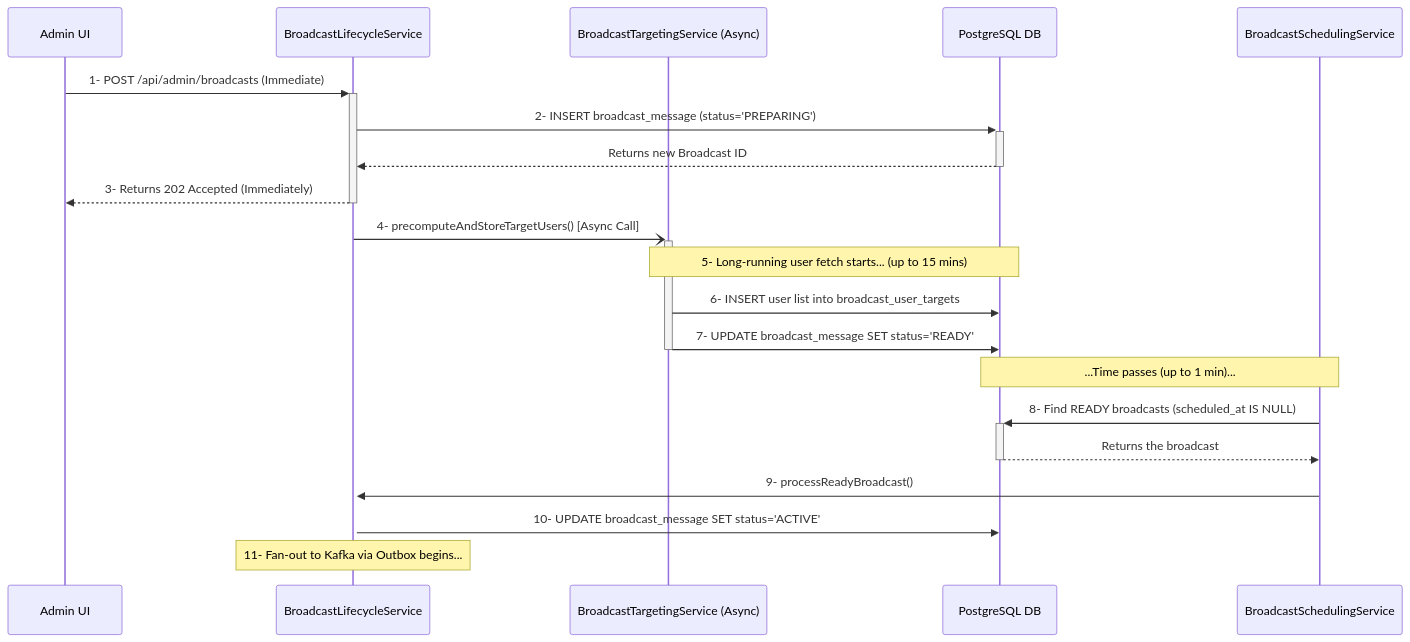
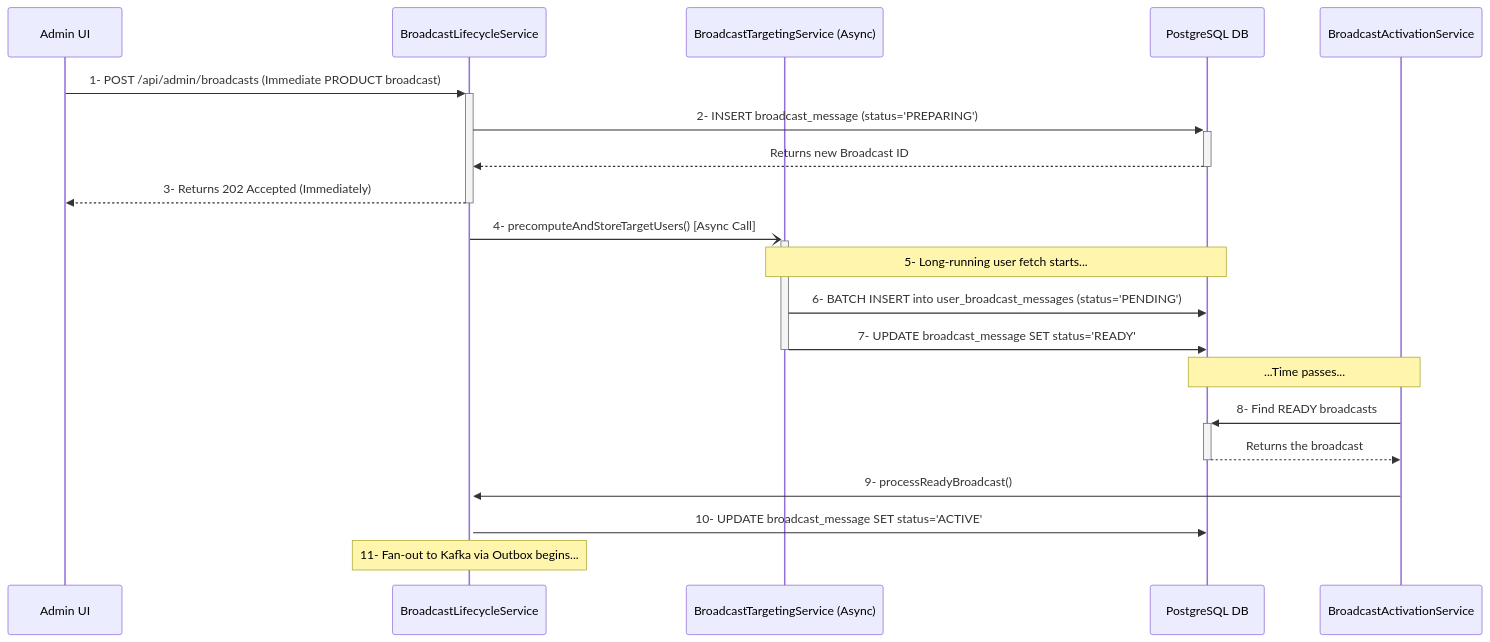
One commit to rsrini7/Notification-SSE-GLM-Flux changed the diagram in MermaidDiagrams/seq-data-preparation-admin.mmd. Above: the diagram before and after it, drawn with Mermaid. The commit also changed 10 other files, not shown here.

First line of the commit message:
refactor(diagrams): update mermaid diagrams to reflect architectural changes

```diff
--- a/MermaidDiagrams/seq-data-preparation-admin.mmd
+++ b/MermaidDiagrams/seq-data-preparation-admin.mmd
@@ -1,28 +1,28 @@
 sequenceDiagram
     participant AdminUI as Admin UI
     participant AdminSvc as BroadcastLifecycleService
     participant TargetingSvc as BroadcastTargetingService (Async)
     participant DB as PostgreSQL DB
-    participant Scheduler as BroadcastSchedulingService
+    participant Scheduler as BroadcastActivationService
 
-    AdminUI->>+AdminSvc: 1- POST /api/admin/broadcasts (Immediate)
+    AdminUI->>+AdminSvc: 1- POST /api/admin/broadcasts (Immediate PRODUCT broadcast)
     AdminSvc->>+DB: 2- INSERT broadcast_message (status='PREPARING')
     DB-->>-AdminSvc: Returns new Broadcast ID
     AdminSvc-->>-AdminUI: 3- Returns 202 Accepted (Immediately)
     
     AdminSvc-)+TargetingSvc: 4- precomputeAndStoreTargetUsers() [Async Call]
-    Note over TargetingSvc, DB: 5- Long-running user fetch starts... (up to 15 mins)
+    Note over TargetingSvc, DB: 5- Long-running user fetch starts... 
     
-    TargetingSvc->>DB: 6- INSERT user list into broadcast_user_targets
+    TargetingSvc->>DB: 6- BATCH INSERT into user_broadcast_messages (status='PENDING')
     TargetingSvc->>DB: 7- UPDATE broadcast_message SET status='READY'
     
     deactivate TargetingSvc
     
-    Note over Scheduler, DB: ...Time passes (up to 1 min)...
+    Note over Scheduler, DB: ...Time passes...
     
-    Scheduler->>+DB: 8- Find READY broadcasts (scheduled_at IS NULL)
+    Scheduler->>+DB: 8- Find READY broadcasts
     DB-->>-Scheduler: Returns the broadcast
     
     Scheduler->>+AdminSvc: 9- processReadyBroadcast()
     AdminSvc->>DB: 10- UPDATE broadcast_message SET status='ACTIVE'
     Note over AdminSvc: 11- Fan-out to Kafka via Outbox begins...
```
